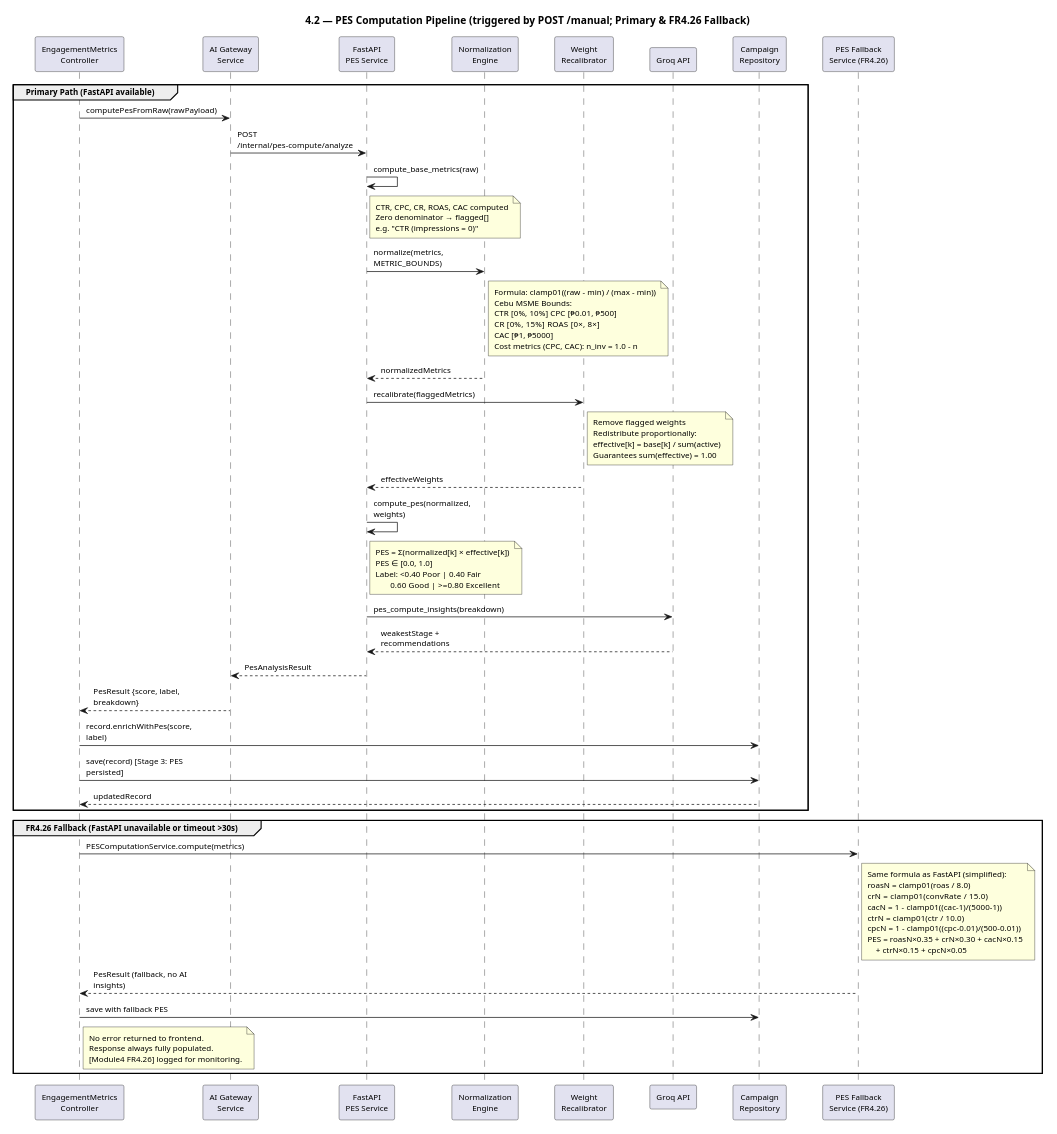
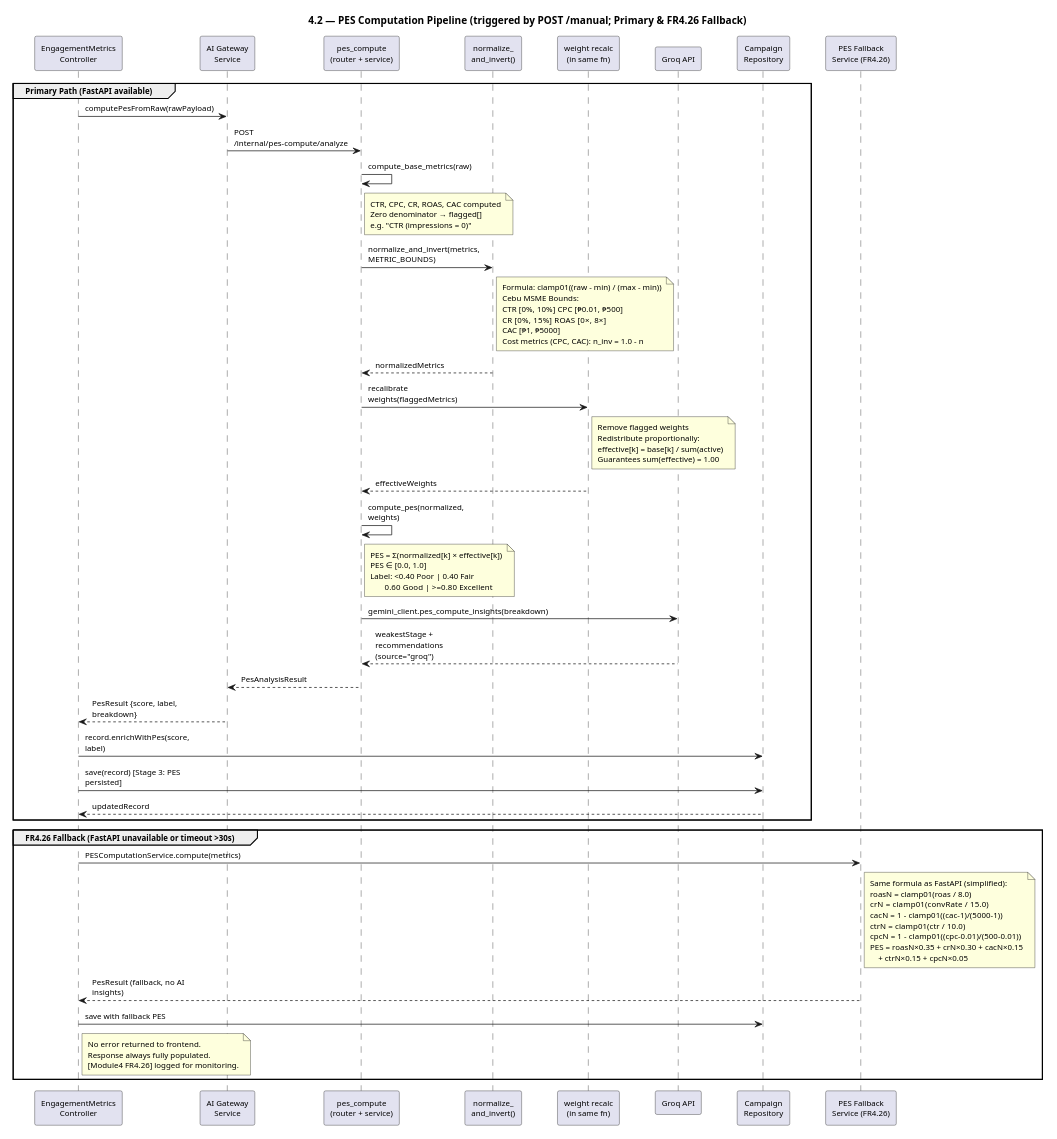
Before and after one commit to SherieHub/CeView: the diagram in docs/module-4/module-4.2/sequence.puml, drawn with PlantUML. The commit also changed 12 other files, not shown here.

```diff
--- a/docs/module-4/module-4.2/sequence.puml
+++ b/docs/module-4/module-4.2/sequence.puml
@@ -1,90 +1,90 @@
 @startuml
 skinparam defaultFontSize 11
 scale max 800 width
 skinparam padding 2
 skinparam ParticipantPadding 20
 skinparam maxMessageSize 150
 
 title 4.2 — PES Computation Pipeline (triggered by POST /manual; Primary & FR4.26 Fallback)
 
 participant "EngagementMetrics\nController" as AC
 participant "AI Gateway\nService" as AIS
-participant "FastAPI\nPES Service" as FPS
-participant "Normalization\nEngine" as NE
-participant "Weight\nRecalibrator" as WR
+participant "pes_compute\n(router + service)" as FPS
+participant "normalize_\nand_invert()" as NE
+participant "weight recalc\n(in same fn)" as WR
 participant "Groq API" as Groq
 participant "Campaign\nRepository" as Repo
 participant "PES Fallback\nService (FR4.26)" as FB
 
 group Primary Path (FastAPI available)
   AC -> AIS: computePesFromRaw(rawPayload)
   AIS -> FPS: POST /internal/pes-compute/analyze
 
   FPS -> FPS: compute_base_metrics(raw)
   note right of FPS
     CTR, CPC, CR, ROAS, CAC computed
     Zero denominator → flagged[]
     e.g. "CTR (impressions = 0)"
   end note
 
-  FPS -> NE: normalize(metrics, METRIC_BOUNDS)
+  FPS -> NE: normalize_and_invert(metrics, METRIC_BOUNDS)
   note right of NE
     Formula: clamp01((raw - min) / (max - min))
     Cebu MSME Bounds:
     CTR [0%, 10%]  CPC [₱0.01, ₱500]
     CR  [0%, 15%]  ROAS [0×, 8×]
     CAC [₱1, ₱5000]
     Cost metrics (CPC, CAC): n_inv = 1.0 - n
   end note
   NE --> FPS: normalizedMetrics
 
-  FPS -> WR: recalibrate(flaggedMetrics)
+  FPS -> WR: recalibrate weights(flaggedMetrics)
   note right of WR
     Remove flagged weights
     Redistribute proportionally:
     effective[k] = base[k] / sum(active)
     Guarantees sum(effective) = 1.00
   end note
   WR --> FPS: effectiveWeights
 
   FPS -> FPS: compute_pes(normalized, weights)
   note right of FPS
     PES = Σ(normalized[k] × effective[k])
     PES ∈ [0.0, 1.0]
     Label: <0.40 Poor | 0.40 Fair
            0.60 Good  | >=0.80 Excellent
   end note
 
-  FPS -> Groq: pes_compute_insights(breakdown)
-  Groq --> FPS: weakestStage + recommendations
+  FPS -> Groq: gemini_client.pes_compute_insights(breakdown)
+  Groq --> FPS: weakestStage + recommendations (source="groq")
 
   FPS --> AIS: PesAnalysisResult
   AIS --> AC: PesResult {score, label, breakdown}
 
   AC -> Repo: record.enrichWithPes(score, label)
   AC -> Repo: save(record) [Stage 3: PES persisted]
   Repo --> AC: updatedRecord
 end
 
 group FR4.26 Fallback (FastAPI unavailable or timeout >30s)
   AC -> FB: PESComputationService.compute(metrics)
   note right of FB
     Same formula as FastAPI (simplified):
     roasN = clamp01(roas / 8.0)
     crN   = clamp01(convRate / 15.0)
     cacN  = 1 - clamp01((cac-1)/(5000-1))
     ctrN  = clamp01(ctr / 10.0)
     cpcN  = 1 - clamp01((cpc-0.01)/(500-0.01))
     PES = roasN×0.35 + crN×0.30 + cacN×0.15
         + ctrN×0.15 + cpcN×0.05
   end note
   FB --> AC: PesResult (fallback, no AI insights)
   AC -> Repo: save with fallback PES
   note right of AC
     No error returned to frontend.
     Response always fully populated.
     [Module4 FR4.26] logged for monitoring.
   end note
 end
 
 @enduml
```
